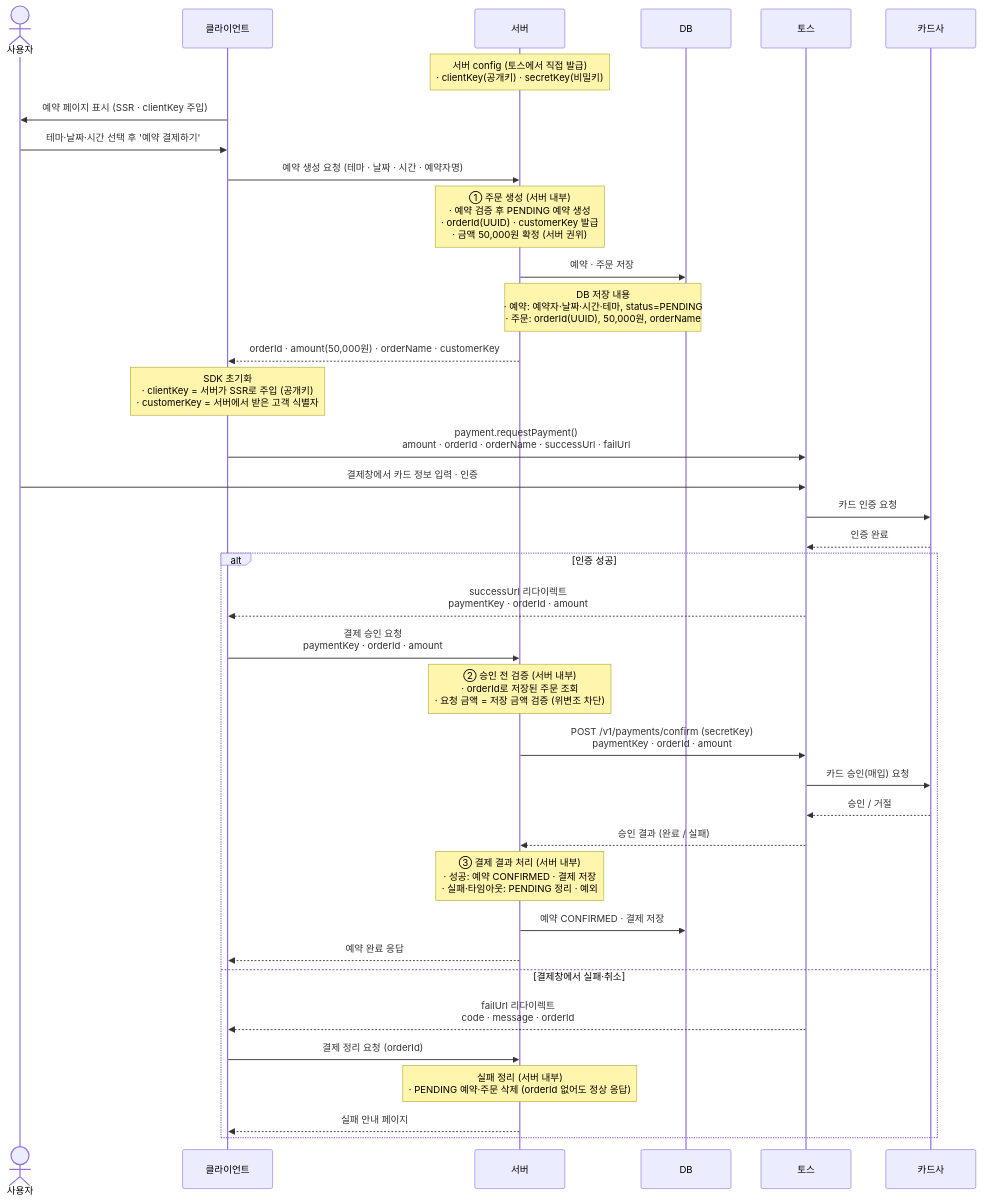
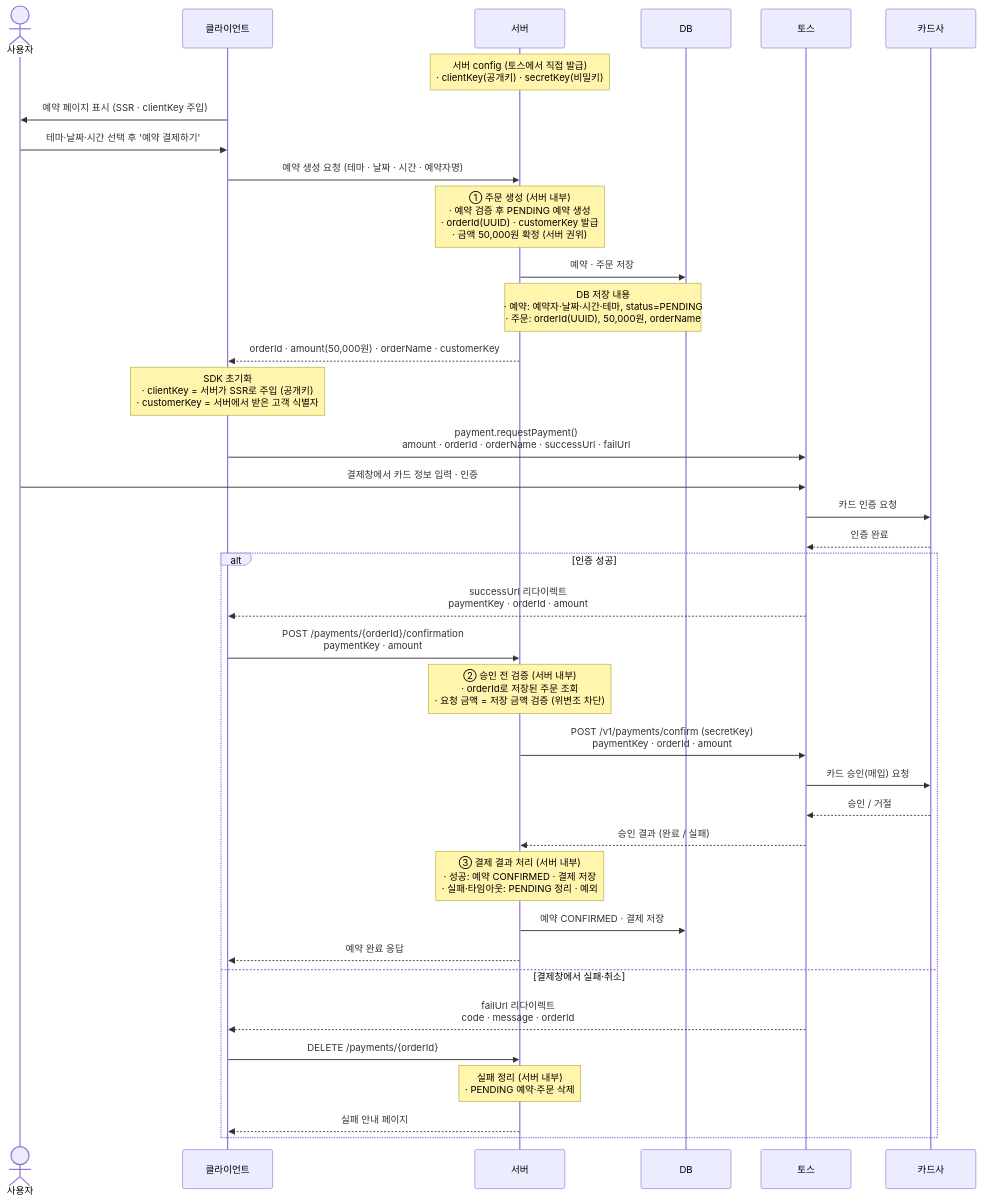
The diagram in docs/payment-sequence.md (woowacourse/spring-roomescape-waiting), drawn with Mermaid before and after one commit. The commit also changed 10 other files, not shown here.

````diff
--- a/docs/payment-sequence.md
+++ b/docs/payment-sequence.md
@@ -9,40 +9,40 @@
 ```mermaid
 sequenceDiagram
     actor 사용자
     participant 클라이언트
     participant 서버
     participant DB
     participant 토스
     participant 카드사
 
     Note over 서버: 서버 config (토스에서 직접 발급)<br/>· clientKey(공개키) · secretKey(비밀키)
     클라이언트->>사용자: 예약 페이지 표시 (SSR · clientKey 주입)
     사용자->>클라이언트: 테마·날짜·시간 선택 후 '예약 결제하기'
     클라이언트->>서버: 예약 생성 요청 (테마 · 날짜 · 시간 · 예약자명)
     Note over 서버: ① 주문 생성 (서버 내부)<br/>· 예약 검증 후 PENDING 예약 생성<br/>· orderId(UUID) · customerKey 발급<br/>· 금액 50,000원 확정 (서버 권위)
     서버->>DB: 예약 · 주문 저장
     Note over 서버,DB: DB 저장 내용<br/>· 예약: 예약자·날짜·시간·테마, status=PENDING<br/>· 주문: orderId(UUID), 50,000원, orderName
     서버-->>클라이언트: orderId · amount(50,000원) · orderName · customerKey
     Note over 클라이언트: SDK 초기화<br/>· clientKey = 서버가 SSR로 주입 (공개키)<br/>· customerKey = 서버에서 받은 고객 식별자
     클라이언트->>토스: payment.requestPayment()<br/>amount · orderId · orderName · successUrl · failUrl
     사용자->>토스: 결제창에서 카드 정보 입력 · 인증
     토스->>카드사: 카드 인증 요청
     카드사-->>토스: 인증 완료
     alt 인증 성공
         토스-->>클라이언트: successUrl 리다이렉트<br/>paymentKey · orderId · amount
-        클라이언트->>서버: 결제 승인 요청<br/>paymentKey · orderId · amount
+        클라이언트->>서버: POST /payments/{orderId}/confirmation<br/>paymentKey · amount
         Note over 서버: ② 승인 전 검증 (서버 내부)<br/>· orderId로 저장된 주문 조회<br/>· 요청 금액 = 저장 금액 검증 (위변조 차단)
         서버->>토스: POST /v1/payments/confirm (secretKey)<br/>paymentKey · orderId · amount
         토스->>카드사: 카드 승인(매입) 요청
         카드사-->>토스: 승인 / 거절
         토스-->>서버: 승인 결과 (완료 / 실패)
         Note over 서버: ③ 결제 결과 처리 (서버 내부)<br/>· 성공: 예약 CONFIRMED · 결제 저장<br/>· 실패·타임아웃: PENDING 정리 · 예외
         서버->>DB: 예약 CONFIRMED · 결제 저장
         서버-->>클라이언트: 예약 완료 응답
     else 결제창에서 실패·취소
         토스-->>클라이언트: failUrl 리다이렉트<br/>code · message · orderId
-        클라이언트->>서버: 결제 정리 요청 (orderId)
-        Note over 서버: 실패 정리 (서버 내부)<br/>· PENDING 예약·주문 삭제 (orderId 없어도 정상 응답)
+        클라이언트->>서버: DELETE /payments/{orderId}
+        Note over 서버: 실패 정리 (서버 내부)<br/>· PENDING 예약·주문 삭제
         서버-->>클라이언트: 실패 안내 페이지
     end
 ```
````
